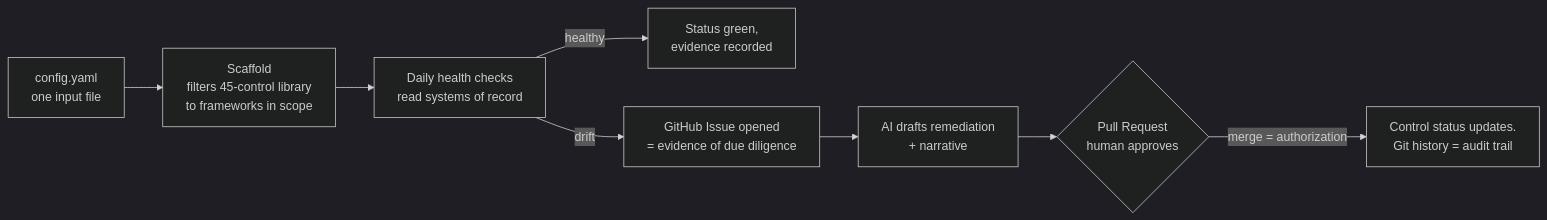
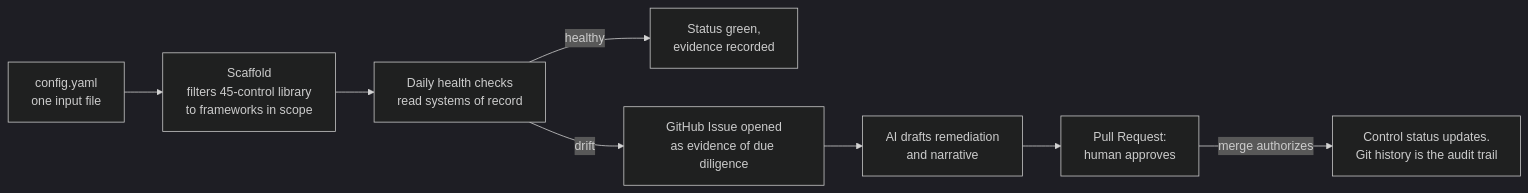
The diagram in README.md (tiffanidickerson437-lang/compliance-program), drawn with Mermaid (dark theme) before and after one commit.

Commit message:
Fix README mermaid diagram that failed to render on GitHub (#40)
Convert the decision-diamond node holding a two-line label to a plain
rectangle (it was never a branch point) and drop bare = and + characters
from edge/node labels, which are known triggers for GitHub's Mermaid
renderer to fail silently.

````diff
--- a/README.md
+++ b/README.md
@@ -18,10 +18,10 @@
 ```mermaid
 flowchart LR
     A["config.yaml<br/>one input file"] --> B["Scaffold<br/>filters 45-control library<br/>to frameworks in scope"]
     B --> C["Daily health checks<br/>read systems of record"]
     C -->|healthy| D["Status green,<br/>evidence recorded"]
-    C -->|drift| E["GitHub Issue opened<br/>= evidence of due diligence"]
-    E --> F["AI drafts remediation<br/>+ narrative"]
-    F --> G{"Pull Request<br/>human approves"}
-    G -->|merge = authorization| H["Control status updates.<br/>Git history = audit trail"]
+    C -->|drift| E["GitHub Issue opened<br/>as evidence of due diligence"]
+    E --> F["AI drafts remediation<br/>and narrative"]
+    F --> G["Pull Request:<br/>human approves"]
+    G -->|merge authorizes| H["Control status updates.<br/>Git history is the audit trail"]
 ```
````
